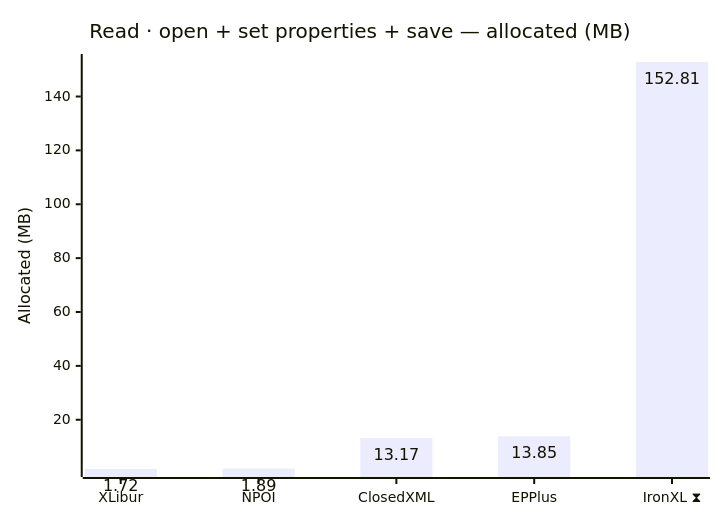
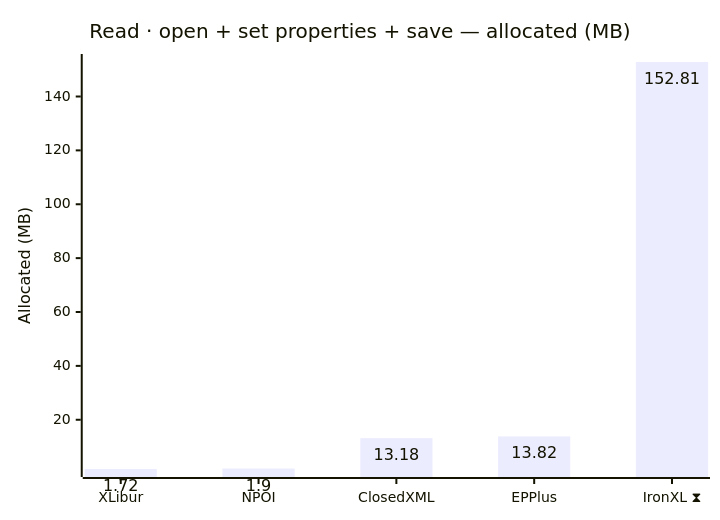
One commit to jafin/XLBench changed the second of 12 diagrams in docs/results-ci.md. Above: the diagram before and after it, drawn with Mermaid. The commit also changed other lines of this file, not shown here.

````diff
--- a/docs/results-ci.md
+++ b/docs/results-ci.md
@@ -54,12 +54,12 @@
 ```mermaid
 ---
 config:
   xyChart:
     showDataLabel: true
 ---
 xychart-beta
     title "Read · open + set properties + save — allocated (MB)"
     x-axis ["XLibur", "NPOI", "ClosedXML", "EPPlus", "IronXL ⧗"]
     y-axis "Allocated (MB)"
-    bar [1.72, 1.89, 13.17, 13.85, 152.81]
+    bar [1.72, 1.9, 13.18, 13.82, 152.81]
 ```
````
